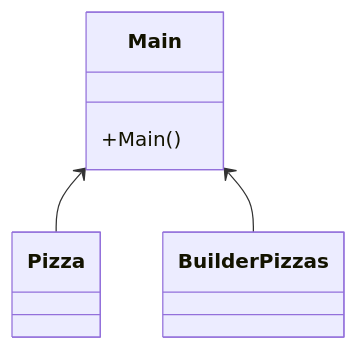
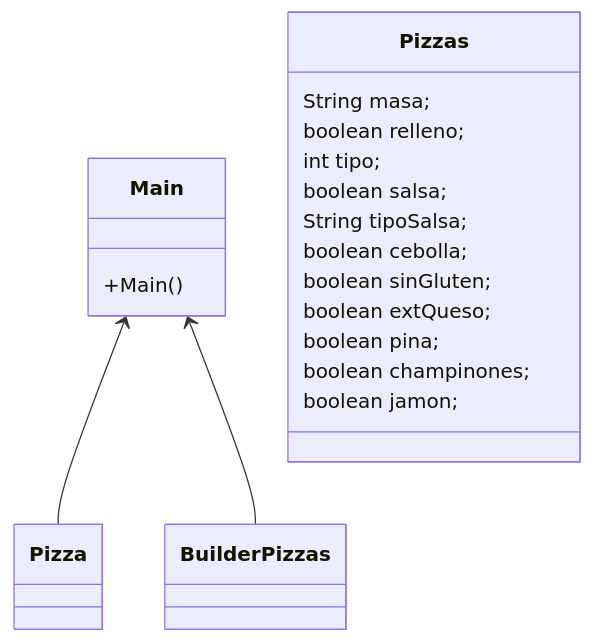
One commit to PachecoASIR/PatronBuilder changed the diagram in README.md. Above: the diagram before and after it, drawn with Mermaid.

Commit message:
Commit Mermaid

````diff
--- a/README.md
+++ b/README.md
@@ -9,16 +9,27 @@
 ```mermaid
 classDiagram
 
     class Main{
     +Main()
     }
     
-    class Pizza{
+    class Pizzas{
+    String masa;
+    boolean relleno;
+    int tipo;
+    boolean salsa;
+    String tipoSalsa;
+    boolean cebolla;
+    boolean sinGluten;
+    boolean extQueso;
+    boolean pina;
+    boolean champinones;
+    boolean jamon;
     }
     
     class BuilderPizzas{
     }
       
      Main <-- Pizza
      Main <-- BuilderPizzas
 ```
````
